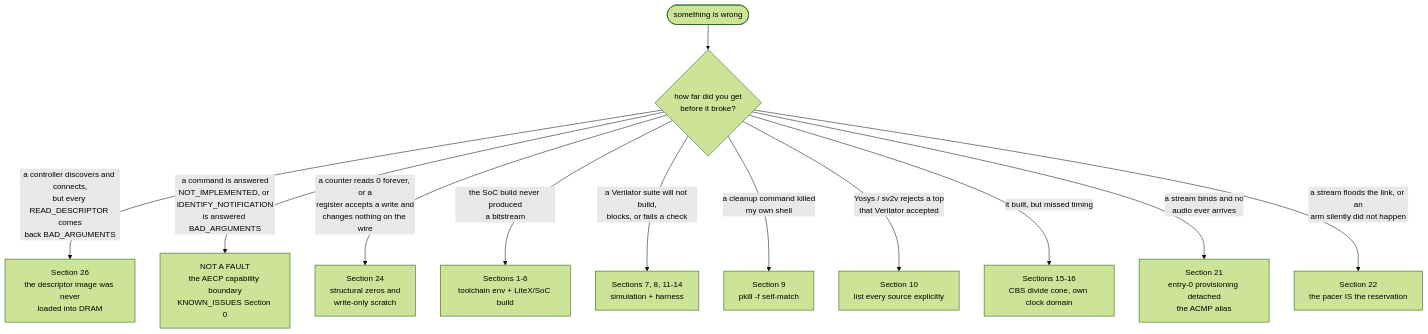
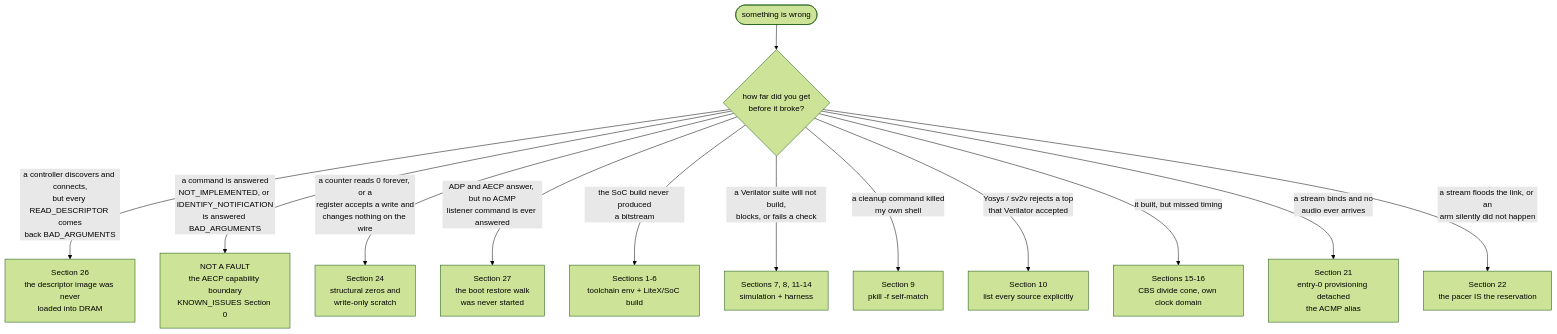
Before and after one commit to kebag-logic/milan-fpga: the diagram in docs/limitations/TROUBLESHOOTING.md, drawn with Mermaid (forest theme). The commit also changed other lines of this file and 8 other files, not shown here.

Commit message:
Document the processor-owned GET_STREAM_INFO fields and the per-boot restore walk

````diff
--- a/docs/limitations/TROUBLESHOOTING.md
+++ b/docs/limitations/TROUBLESHOOTING.md
@@ -100,15 +101,16 @@
 ```mermaid
 flowchart TB
     S(["something is wrong"]) --> W{"how far did you get<br/>before it broke?"}
     W -->|"a controller discovers and connects,<br/>but every READ_DESCRIPTOR comes<br/>back BAD_ARGUMENTS"| AE["Section 26<br/>the descriptor image was never<br/>loaded into DRAM"]
     W -->|"a command is answered<br/>NOT_IMPLEMENTED, or IDENTIFY_NOTIFICATION<br/>is answered BAD_ARGUMENTS"| AB["NOT A FAULT<br/>the AECP capability boundary<br/>KNOWN_ISSUES Section 0"]
     W -->|"a counter reads 0 forever, or a<br/>register accepts a write and<br/>changes nothing on the wire"| SZ["Section 24<br/>structural zeros and<br/>write-only scratch"]
+    W -->|"ADP and AECP answer, but no ACMP<br/>listener command is ever answered"| RW["Section 27<br/>the boot restore walk<br/>was never started"]
 
     W -->|"the SoC build never produced<br/>a bitstream"| B["Sections 1-6<br/>toolchain env + LiteX/SoC build"]
     W -->|"a Verilator suite will not build,<br/>blocks, or fails a check"| V["Sections 7, 8, 11-14<br/>simulation + harness"]
     W -->|"a cleanup command killed<br/>my own shell"| SH["Section 9<br/>pkill -f self-match"]
     W -->|"Yosys / sv2v rejects a top<br/>that Verilator accepted"| Y["Section 10<br/>list every source explicitly"]
     W -->|"it built, but missed timing"| T["Sections 15-16<br/>CBS divide cone, own clock domain"]
     W -->|"a stream binds and no<br/>audio ever arrives"| ST["Section 21<br/>entry-0 provisioning detached<br/>the ACMP alias"]
     W -->|"a stream floods the link, or an<br/>arm silently did not happen"| FL["Section 22<br/>the pacer IS the reservation"]
 ```
````
